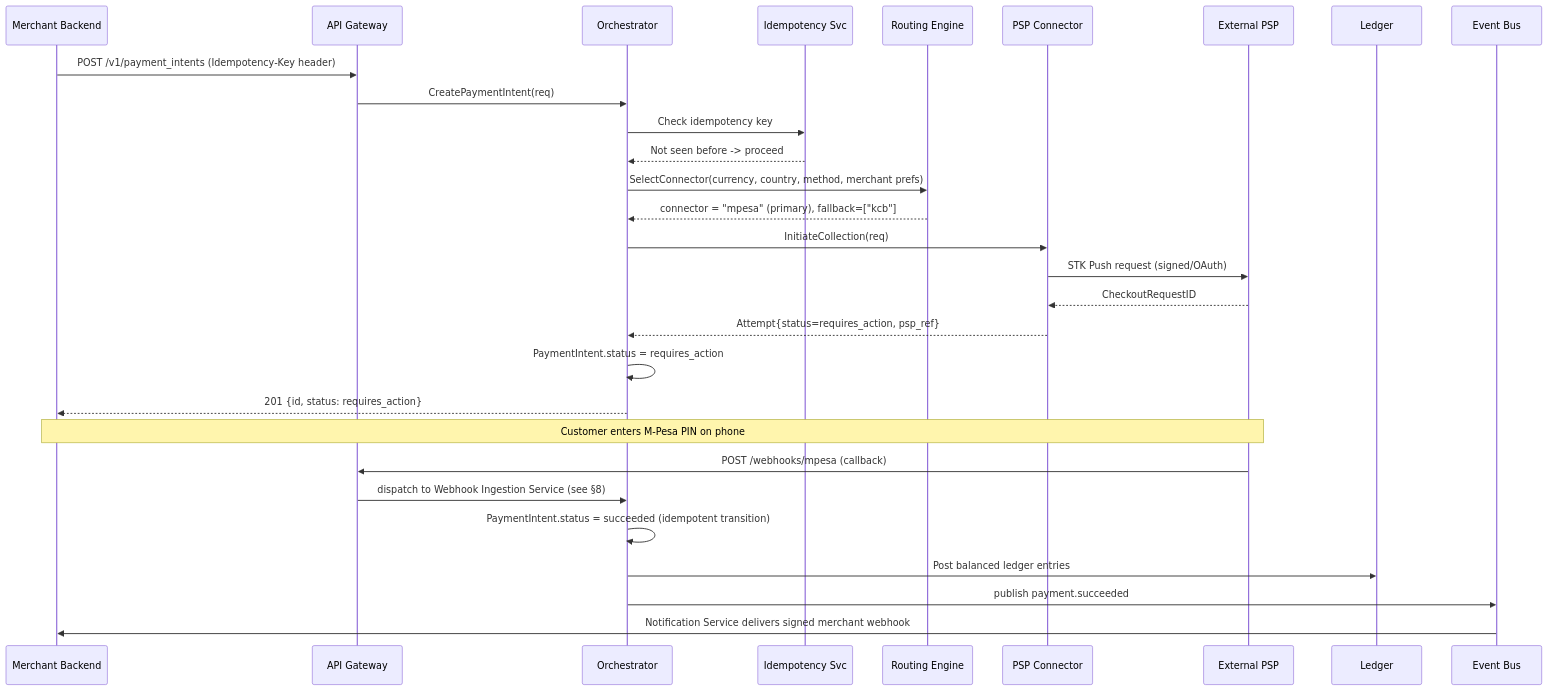
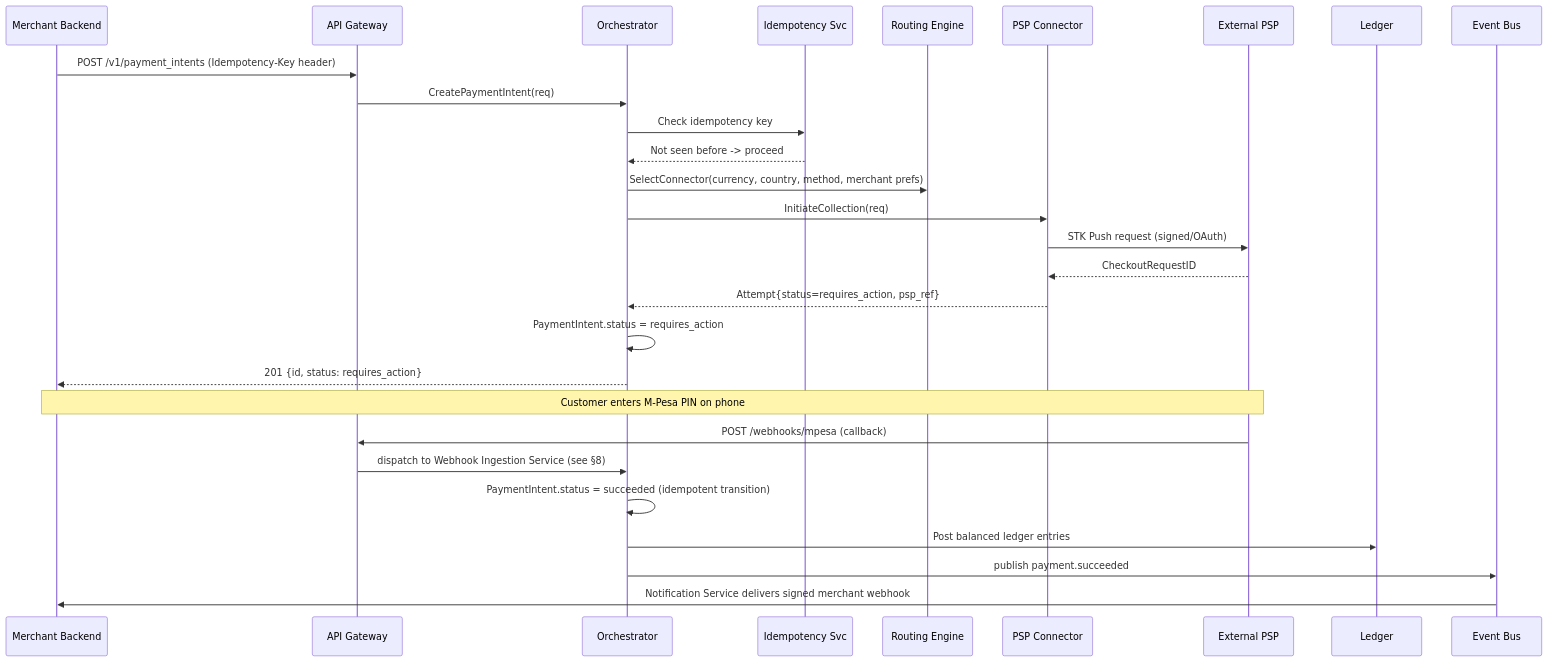
One commit to paulodhiambo/zia changed the fourth of 5 diagrams in architecture.md. Above: the diagram before and after it, drawn with Mermaid. The commit also changed other lines of this file and 34 other files, not shown here.

First line of the commit message:
feat: replace KCB with Google Pay, then strip to mpesa+paystack only

````diff
--- a/architecture.md
+++ b/architecture.md
@@ -414,34 +402,33 @@
 ```mermaid
 sequenceDiagram
     participant M as Merchant Backend
     participant GW as API Gateway
     participant ORC as Orchestrator
     participant IDP as Idempotency Svc
     participant RTE as Routing Engine
     participant CON as PSP Connector
     participant PSP as External PSP
     participant LED as Ledger
     participant MQ as Event Bus
 
     M->>GW: POST /v1/payment_intents (Idempotency-Key header)
     GW->>ORC: CreatePaymentIntent(req)
     ORC->>IDP: Check idempotency key
     IDP-->>ORC: Not seen before -> proceed
     ORC->>RTE: SelectConnector(currency, country, method, merchant prefs)
-    RTE-->>ORC: connector = "mpesa" (primary), fallback=["kcb"]
     ORC->>CON: InitiateCollection(req)
     CON->>PSP: STK Push request (signed/OAuth)
     PSP-->>CON: CheckoutRequestID
     CON-->>ORC: Attempt{status=requires_action, psp_ref}
     ORC->>ORC: PaymentIntent.status = requires_action
     ORC-->>M: 201 {id, status: requires_action}
 
     Note over PSP,M: Customer enters M-Pesa PIN on phone
 
     PSP->>GW: POST /webhooks/mpesa (callback)
     GW->>ORC: dispatch to Webhook Ingestion Service (see §8)
     ORC->>ORC: PaymentIntent.status = succeeded (idempotent transition)
     ORC->>LED: Post balanced ledger entries
     ORC->>MQ: publish payment.succeeded
     MQ->>M: Notification Service delivers signed merchant webhook
 ```
````
